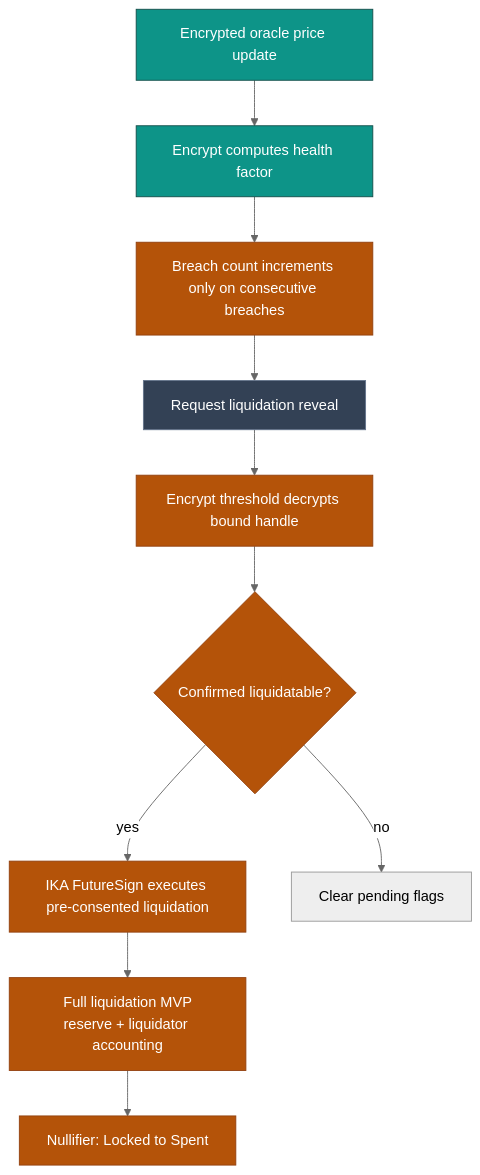
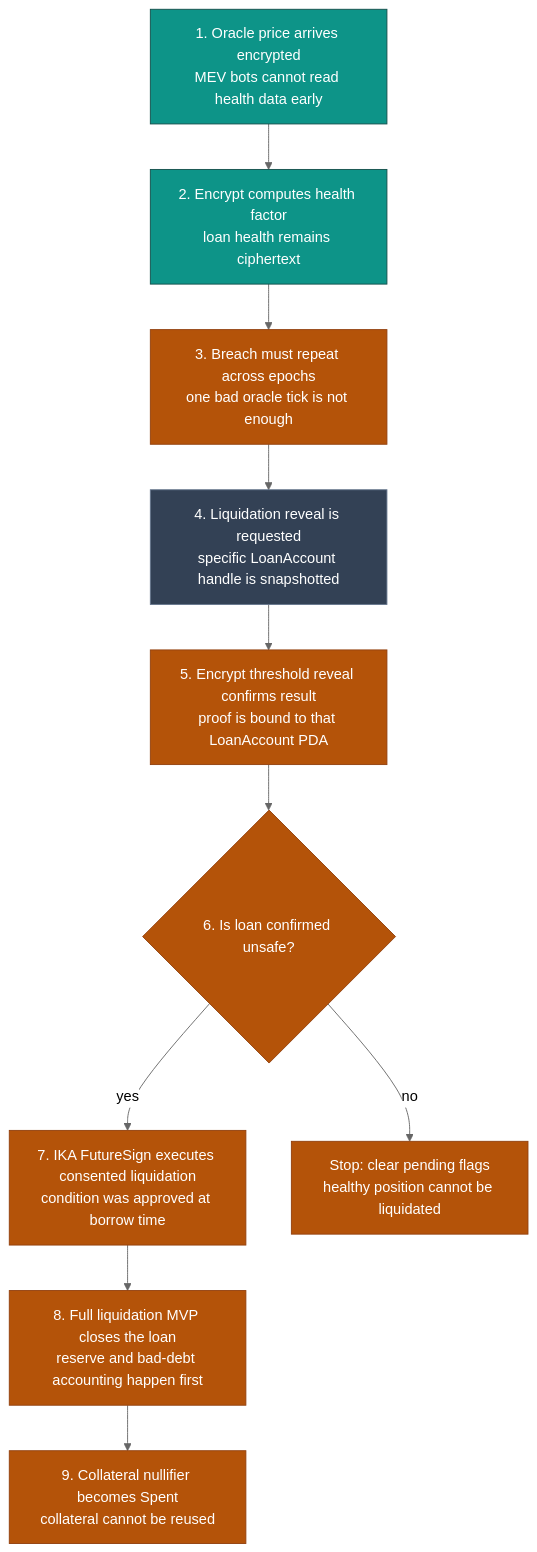
Before and after one commit to cryptosingheth/shieldlend: the sixth of 8 diagrams in docs/VISUAL_FLOWS.md, drawn with Mermaid (neutral theme). The commit also changed other lines of this file and 9 other files, not shown here.

Commit message:
docs: consolidate solana architecture docs

````diff
--- a/docs/VISUAL_FLOWS.md
+++ b/docs/VISUAL_FLOWS.md
@@ -136,20 +167,21 @@
 ```mermaid
 flowchart TD
-    classDef privacy fill:#0d9488,stroke:#134e4a,color:#fff
+    classDef private fill:#0d9488,stroke:#134e4a,color:#fff
+    classDef public fill:#334155,stroke:#64748b,color:#fff
     classDef safety fill:#b45309,stroke:#92400e,color:#fff
-    classDef public fill:#334155,stroke:#64748b,color:#fff
 
-    A["Encrypted oracle price update"]:::privacy
-    B["Encrypt computes health factor"]:::privacy
-    C["Breach count increments only on consecutive breaches"]:::safety
-    D["Request liquidation reveal"]:::public
-    E["Encrypt threshold decrypts bound handle"]:::safety
-    F{"Confirmed liquidatable?"}:::safety
-    G["IKA FutureSign executes pre-consented liquidation"]:::safety
-    H["Full liquidation MVP\nreserve + liquidator accounting"]:::safety
-    I["Nullifier: Locked to Spent"]:::safety
+    A["1. Oracle price arrives encrypted<br/>MEV bots cannot read health data early"]:::private
+    B["2. Encrypt computes health factor<br/>loan health remains ciphertext"]:::private
+    C["3. Breach must repeat across epochs<br/>one bad oracle tick is not enough"]:::safety
+    D["4. Liquidation reveal is requested<br/>specific LoanAccount handle is snapshotted"]:::public
+    E["5. Encrypt threshold reveal confirms result<br/>proof is bound to that LoanAccount PDA"]:::safety
+    F{"6. Is loan confirmed unsafe?"}:::safety
+    G["7. IKA FutureSign executes consented liquidation<br/>condition was approved at borrow time"]:::safety
+    H["8. Full liquidation MVP closes the loan<br/>reserve and bad-debt accounting happen first"]:::safety
+    I["9. Collateral nullifier becomes Spent<br/>collateral cannot be reused"]:::safety
+    J["Stop: clear pending flags<br/>healthy position cannot be liquidated"]:::safety
 
     A --> B --> C --> D --> E --> F
     F -->|"yes"| G --> H --> I
-    F -->|"no"| J["Clear pending flags"]
+    F -->|"no"| J
 ```
````
